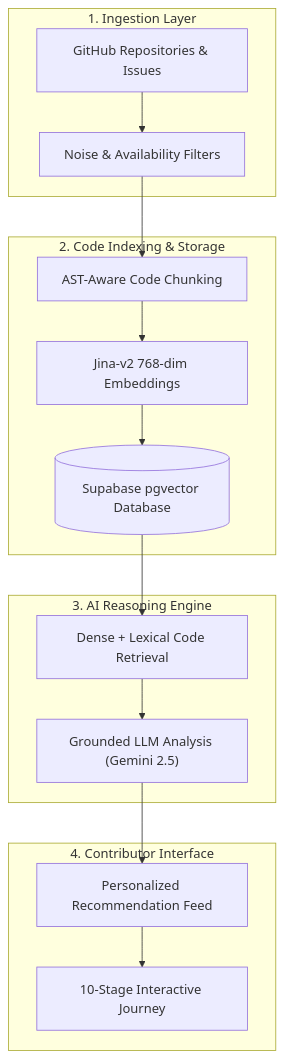
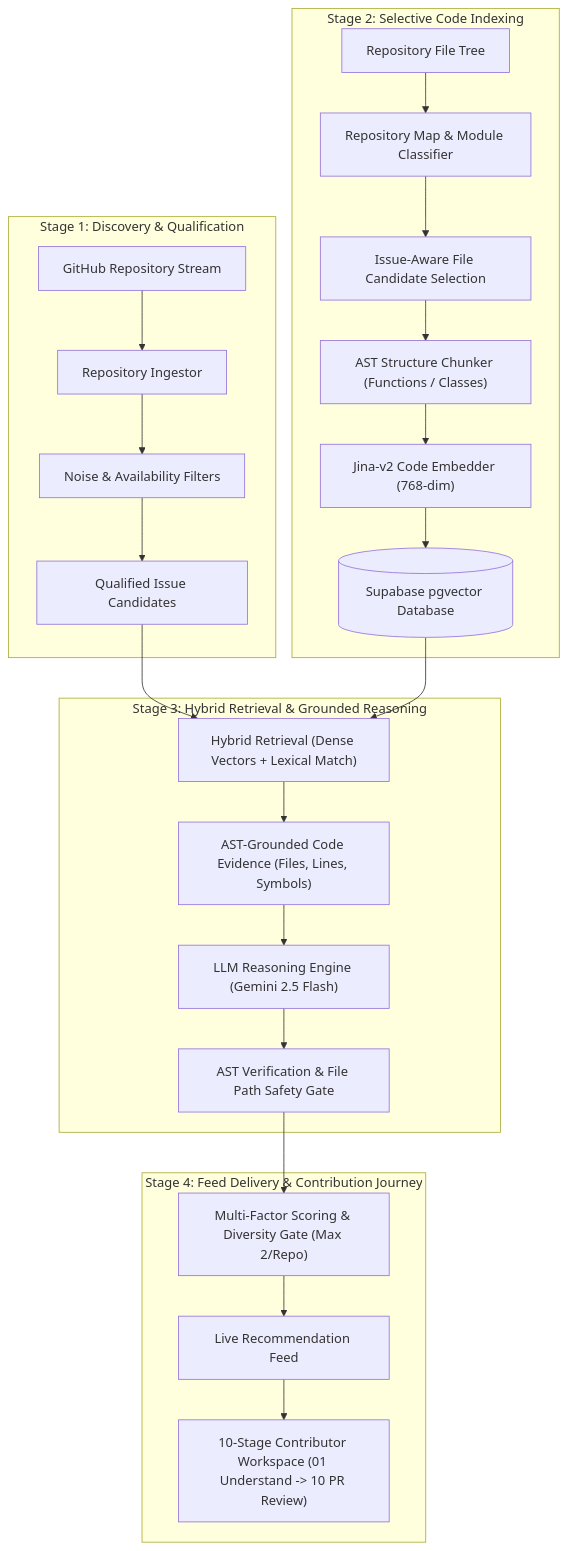
The second of 3 diagrams in README.md (sriharizz/gitnova), drawn with Mermaid before and after one commit. The commit also changed other lines of this file, not shown here.

Commit message:
docs: add full system infrastructure architecture and end-to-end intelligence pipeline diagrams

````diff
--- a/README.md
+++ b/README.md
@@ -27,22 +81,30 @@
 ```mermaid
 flowchart TD
-    subgraph S1 ["1. Ingestion Layer"]
-        A["GitHub Repositories & Issues"] --> B["Noise & Availability Filters"]
+    subgraph Stage1 ["Stage 1: Discovery & Qualification"]
+        GH["GitHub Repository Stream"] --> Ingest["Repository Ingestor"]
+        Ingest --> Qual["Noise & Availability Filters"]
+        Qual --> CleanCandidates["Qualified Issue Candidates"]
     end
 
-    subgraph S2 ["2. Code Indexing & Storage"]
-        B --> C["AST-Aware Code Chunking"]
-        C --> D["Jina-v2 768-dim Embeddings"]
-        D --> E[("Supabase pgvector Database")]
+    subgraph Stage2 ["Stage 2: Selective Code Indexing"]
+        RepoTree["Repository File Tree"] --> RepoMap["Repository Map & Module Classifier"]
+        RepoMap --> CandSelection["Issue-Aware File Candidate Selection"]
+        CandSelection --> ASTChunker["AST Structure Chunker (Functions / Classes)"]
+        ASTChunker --> Embedder["Jina-v2 Code Embedder (768-dim)"]
+        Embedder --> VectorDB[("Supabase pgvector Database")]
     end
 
-    subgraph S3 ["3. AI Reasoning Engine"]
-        E --> F["Dense + Lexical Code Retrieval"]
-        F --> G["Grounded LLM Analysis (Gemini 2.5)"]
+    subgraph Stage3 ["Stage 3: Hybrid Retrieval & Grounded Reasoning"]
+        CleanCandidates --> HybridRet["Hybrid Retrieval (Dense Vectors + Lexical Match)"]
+        VectorDB --> HybridRet
+        HybridRet --> CodeContext["AST-Grounded Code Evidence (Files, Lines, Symbols)"]
+        CodeContext --> LLM["LLM Reasoning Engine (Gemini 2.5 Flash)"]
+        LLM --> Verify["AST Verification & File Path Safety Gate"]
     end
 
-    subgraph S4 ["4. Contributor Interface"]
-        G --> H["Personalized Recommendation Feed"]
-        H --> I["10-Stage Interactive Journey"]
+    subgraph Stage4 ["Stage 4: Feed Delivery & Contribution Journey"]
+        Verify --> Ranking["Multi-Factor Scoring & Diversity Gate (Max 2/Repo)"]
+        Ranking --> Feed["Live Recommendation Feed"]
+        Feed --> Workspace["10-Stage Contributor Workspace (01 Understand -> 10 PR Review)"]
     end
 ```
````
